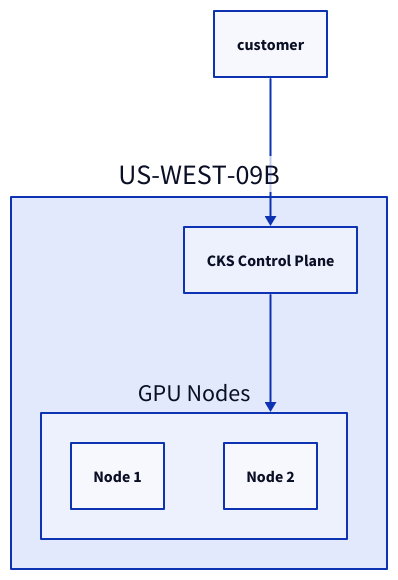
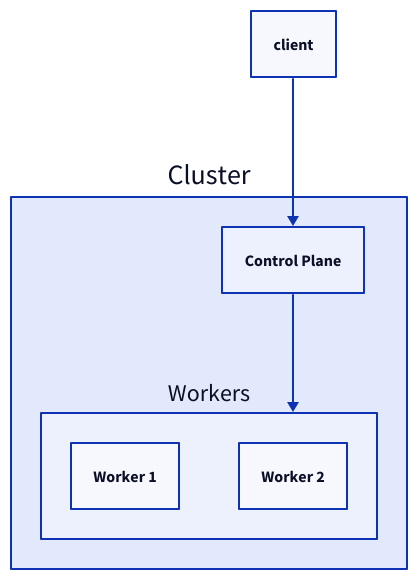
The third of 10 diagrams in .claude/skills/d2-diagram/SKILL.md (tammersaleh/dotfiles-public), drawn with D2 before and after one commit. The commit also changed other lines of this file, not shown here.

First line of the commit message:
fix(d2-diagram): strip employer-specific examples from public skill

````diff
--- a/.claude/skills/d2-diagram/SKILL.md
+++ b/.claude/skills/d2-diagram/SKILL.md
@@ -74,12 +74,12 @@
 ```d2
-zone: US-WEST-09B {
-  cks: CKS Control Plane
-  nodes: GPU Nodes {
-    n1: Node 1
-    n2: Node 2
+cluster: Cluster {
+  control: Control Plane
+  workers: Workers {
+    w1: Worker 1
+    w2: Worker 2
   }
-  cks -> nodes
+  control -> workers
 }
 
-customer -> zone.cks
+client -> cluster.control
 ```
````
